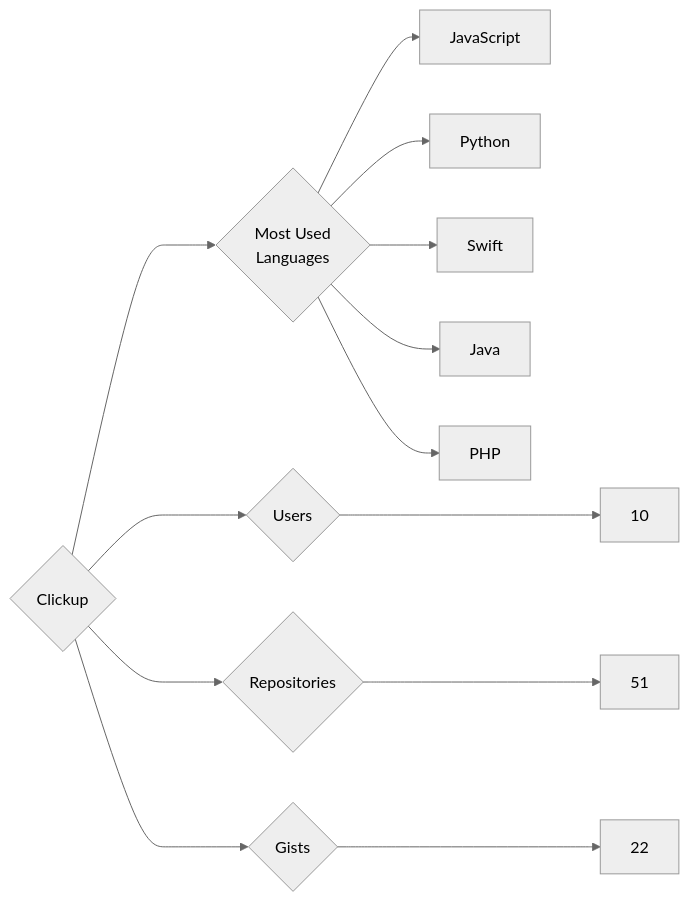
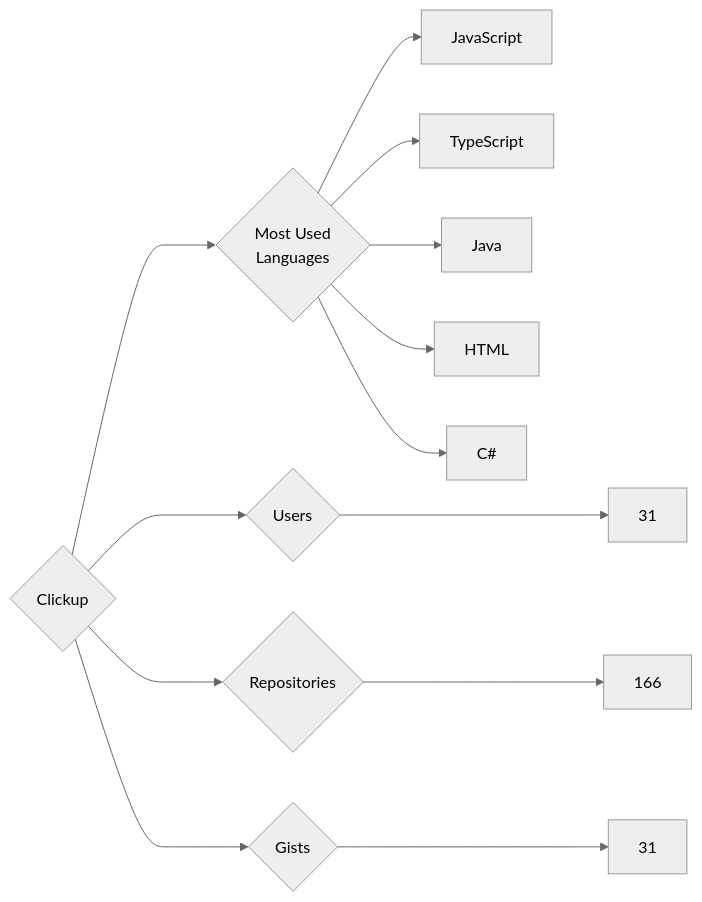
The diagram in targets/Clickup/README.md (trickest/insiders), drawn with Mermaid (neutral theme) before and after one commit. The commit also changed 951 other files, not shown here.

````diff
--- a/targets/Clickup/README.md
+++ b/targets/Clickup/README.md
@@ -3,13 +3,13 @@
 ```mermaid
 graph LR
 COMPANY_NAME{Clickup}
-COMPANY_NAME ---> U{Users} ---> UN[10]
-COMPANY_NAME ---> R{Repositories} ---> RN[51]
-COMPANY_NAME ---> G{Gists} ---> GN[22]
+COMPANY_NAME ---> U{Users} ---> UN[31]
+COMPANY_NAME ---> R{Repositories} ---> RN[166]
+COMPANY_NAME ---> G{Gists} ---> GN[31]
 COMPANY_NAME ---> ML{Most Used<br>Languages}
 ML --> JavaScript[JavaScript]
-ML --> Python[Python]
-ML --> Swift[Swift]
+ML --> TypeScript[TypeScript]
 ML --> Java[Java]
-ML --> PHP[PHP]
+ML --> HTML[HTML]
+ML --> C#[C#]
 ```
````
